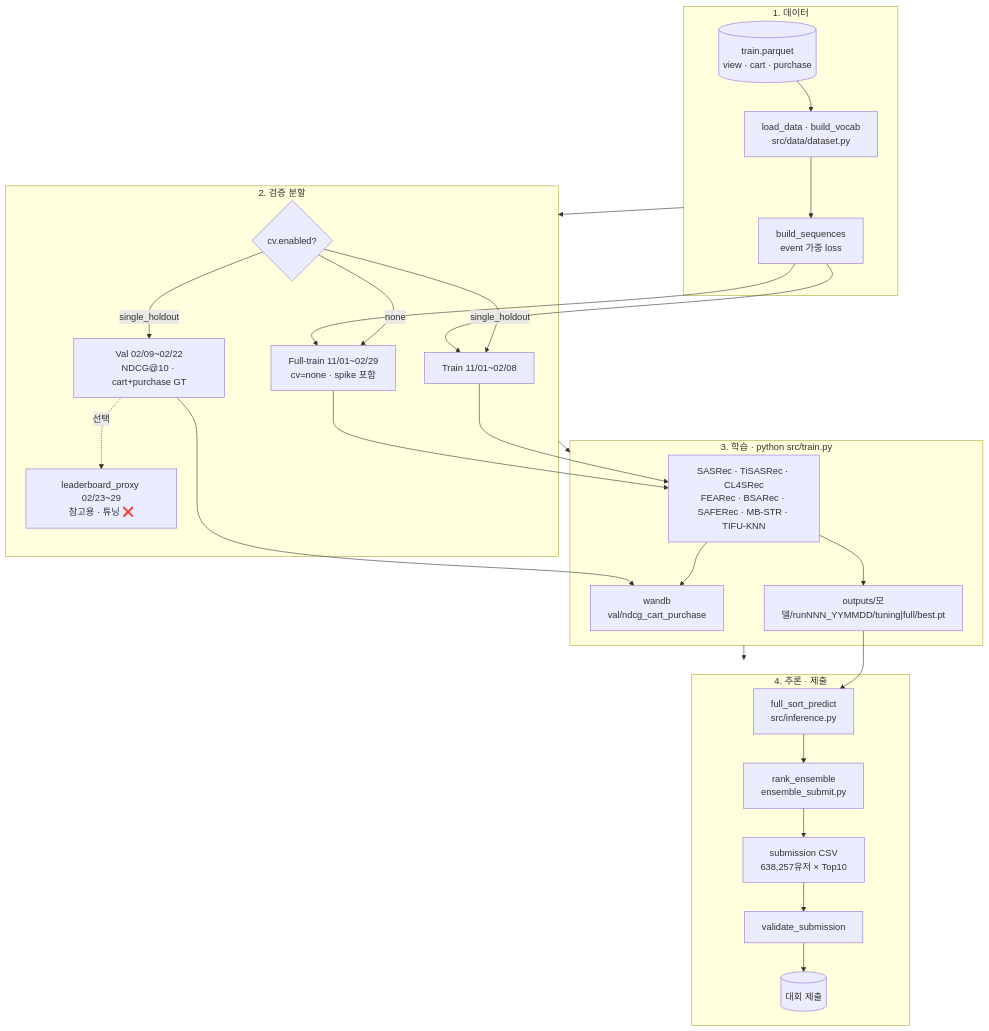
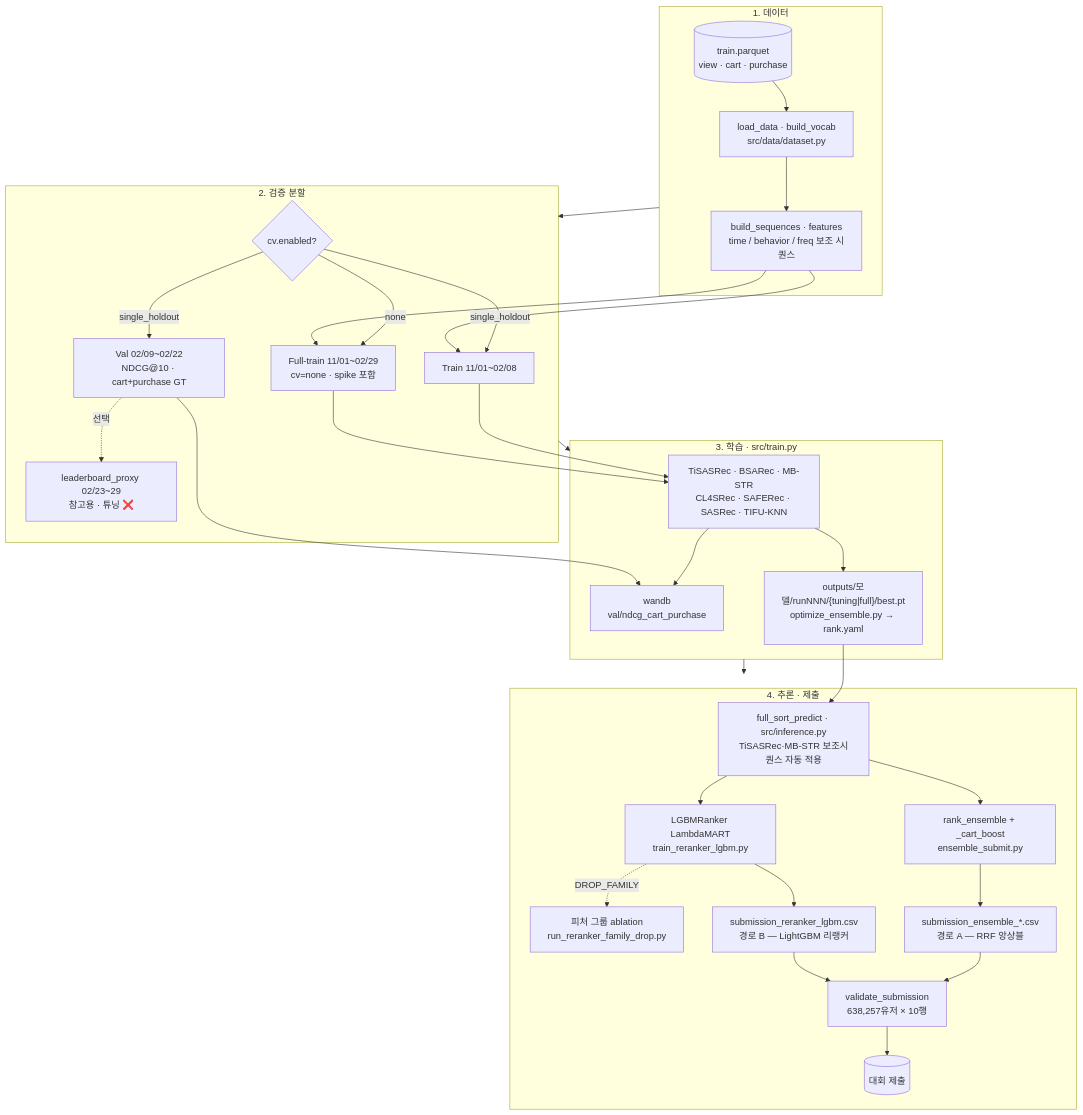
Before and after one commit to WanYoung-Oh/recsys: the diagram in README.md, drawn with Mermaid. The commit also changed other lines of this file and 5 other files, not shown here.

Commit message:
feat: reranker lgbm 프로세스 추가

````diff
--- a/README.md
+++ b/README.md
@@ -76,50 +76,56 @@
 ```mermaid
 flowchart TB
   subgraph dataIn ["1. 데이터"]
     parquet[("train.parquet<br/>view · cart · purchase")]
     load["load_data · build_vocab<br/>src/data/dataset.py"]
-    seq["build_sequences<br/>event 가중 loss"]
+    seq["build_sequences · features<br/>time / behavior / freq 보조 시퀀스"]
     parquet --> load --> seq
   end
 
   subgraph cvSplit ["2. 검증 분할"]
     cvMode{"cv.enabled?"}
     trainHold["Train 11/01~02/08"]
     valHold["Val 02/09~02/22<br/>NDCG@10 · cart+purchase GT"]
     fullTrain["Full-train 11/01~02/29<br/>cv=none · spike 포함"]
     proxy["leaderboard_proxy 02/23~29<br/>참고용 · 튜닝 ❌"]
     cvMode -->|single_holdout| trainHold
     cvMode -->|single_holdout| valHold
     valHold -.->|선택| proxy
     cvMode -->|none| fullTrain
   end
 
-  subgraph trainLoop ["3. 학습 · python src/train.py"]
-    models["SASRec · TiSASRec · CL4SRec<br/>FEARec · BSARec · SAFERec · MB-STR · TIFU-KNN"]
+  subgraph trainLoop ["3. 학습 · src/train.py"]
+    models["TiSASRec · BSARec · MB-STR<br/>CL4SRec · SAFERec · SASRec · TIFU-KNN"]
     wandb["wandb<br/>val/ndcg_cart_purchase"]
-    ckpt["outputs/모델/runNNN_YYMMDD/tuning|full/best.pt"]
+    ckpt["outputs/모델/runNNN/{tuning|full}/best.pt<br/>optimize_ensemble.py → rank.yaml"]
     seq --> trainHold
     seq --> fullTrain
     trainHold --> models
     fullTrain --> models
     models --> wandb
     valHold --> wandb
     models --> ckpt
   end
 
   subgraph deploy ["4. 추론 · 제출"]
-    infer["full_sort_predict<br/>src/inference.py"]
-    ens["rank_ensemble<br/>ensemble_submit.py"]
-    sub["submission CSV<br/>638,257유저 × Top10"]
-    valid["validate_submission"]
+    infer["full_sort_predict · src/inference.py<br/>TiSASRec·MB-STR 보조시퀀스 자동 적용"]
+    ens["rank_ensemble + _cart_boost<br/>ensemble_submit.py"]
+    lgbm["LGBMRanker LambdaMART<br/>train_reranker_lgbm.py"]
+    abl["피처 그룹 ablation<br/>run_reranker_family_drop.py"]
+    subA["submission_ensemble_*.csv<br/>경로 A — RRF 앙상블"]
+    subB["submission_reranker_lgbm.csv<br/>경로 B — LightGBM 리랭커"]
+    valid["validate_submission<br/>638,257유저 × 10행"]
+    lb[("대회 제출")]
     ckpt --> infer
-    infer --> ens
-    ens --> sub
-    sub --> valid
-    valid --> lb[("대회 제출")]
+    infer --> ens --> subA
+    infer --> lgbm --> subB
+    lgbm -.->|DROP_FAMILY| abl
+    subA --> valid
+    subB --> valid
+    valid --> lb
   end
 
   dataIn --> cvSplit
   cvSplit --> trainLoop
   trainLoop --> deploy
 ```
````
